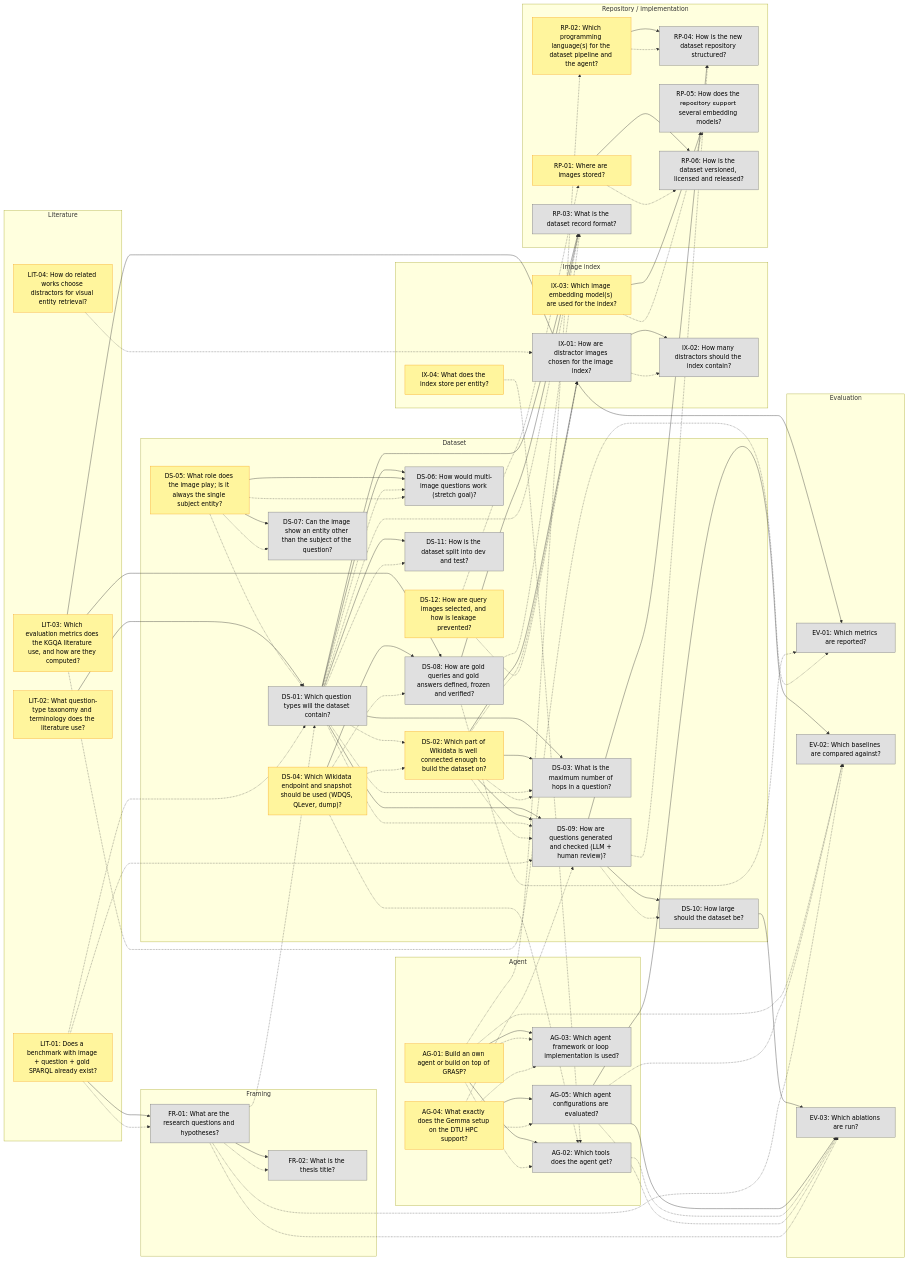
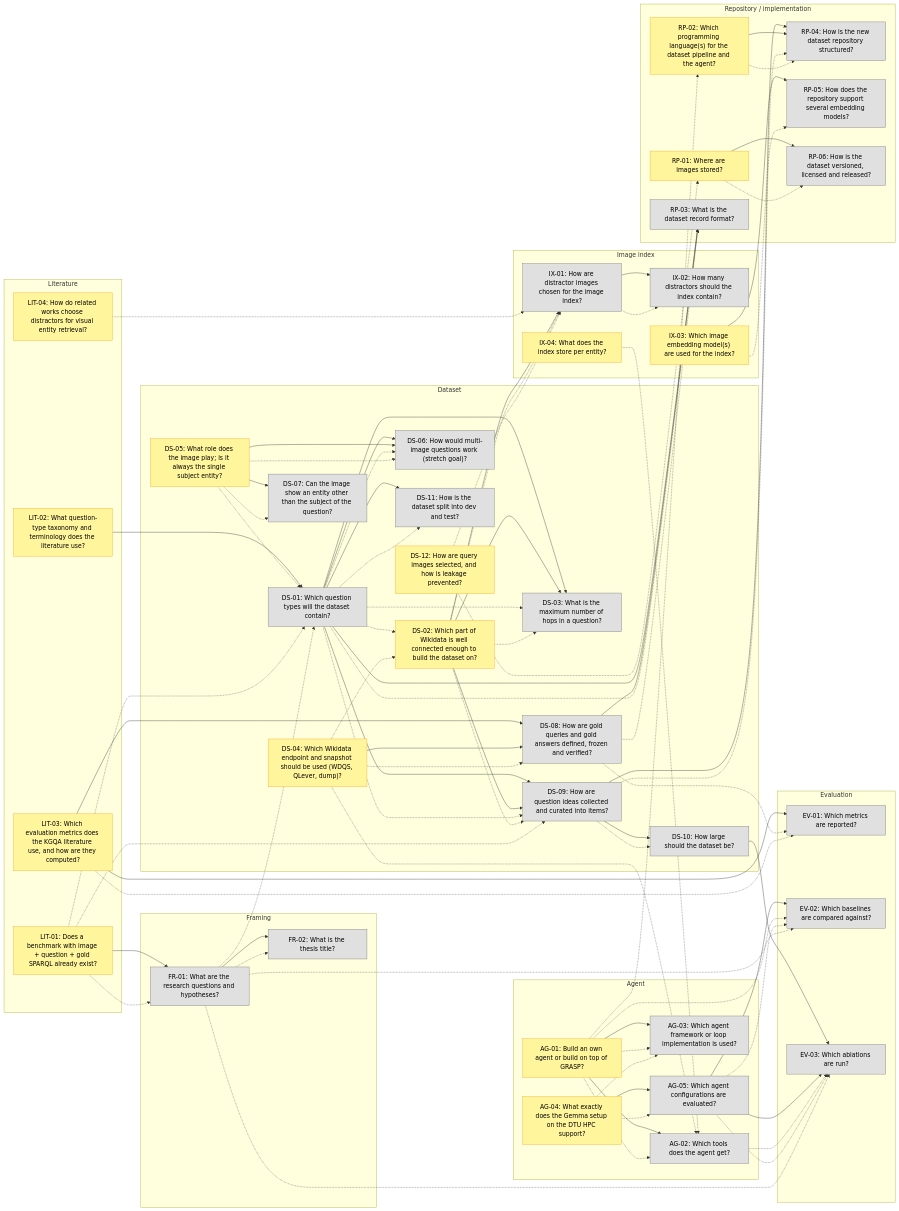
The diagram in docs/questions/README.md (andrezz-b/thesis-paper), drawn with Mermaid before and after one commit. The commit also changed other lines of this file and 8 other files, not shown here.

```diff
--- a/docs/questions/README.md
+++ b/docs/questions/README.md
@@ -164,7 +164,7 @@
     DS_06["DS-06: How would multi-image questions work (stretch goal)?"]
     DS_07["DS-07: Can the image show an entity other than the subject of the question?"]
     DS_08["DS-08: How are gold queries and gold answers defined, frozen and verified?"]
-    DS_09["DS-09: How are questions generated and checked (LLM + human review)?"]
+    DS_09["DS-09: How are question ideas collected and curated into items?"]
     DS_10["DS-10: How large should the dataset be?"]
     DS_11["DS-11: How is the dataset split into dev and test?"]
     DS_12["DS-12: How are query images selected, and how is leakage prevented?"]
@@ -231,7 +231,6 @@
   AG_02 -.-> EV_03
   AG_04 -.-> AG_03
   AG_04 -.-> AG_05
-  AG_04 -.-> DS_09
   AG_05 -.-> EV_02
   AG_05 -.-> EV_03
   DS_01 -.-> DS_02
```
